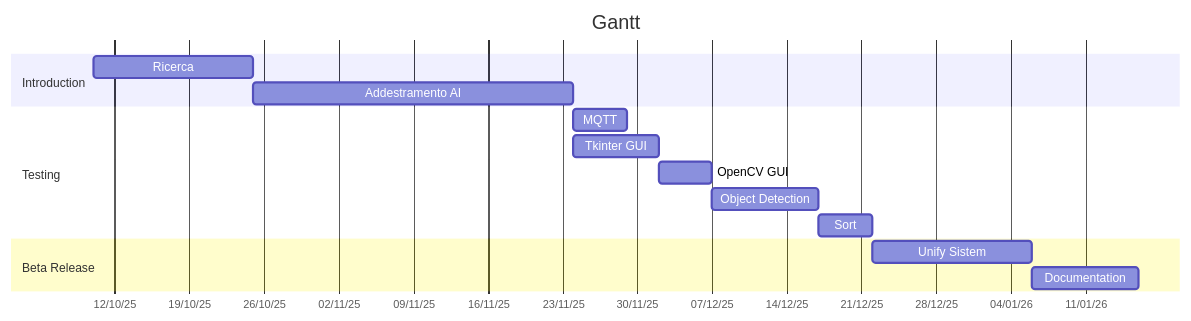
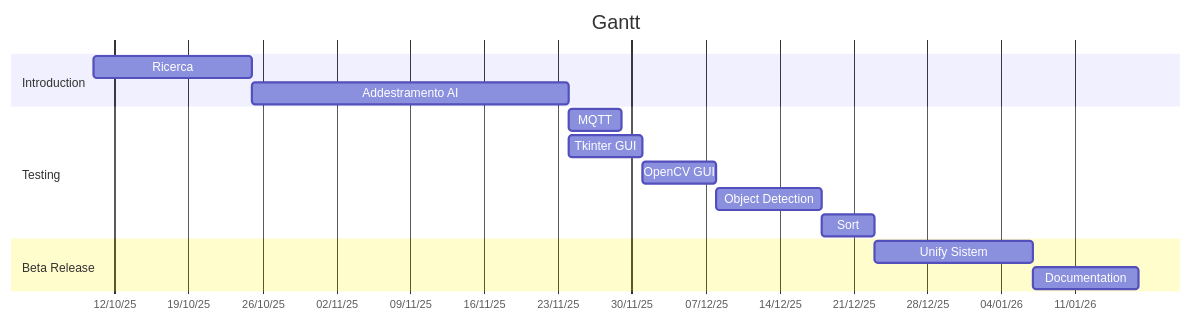
One commit to riccardosemeraro/B.O.S.S.-Branch-Bellusci-SSD300-VGG16 changed the sixth of 6 diagrams in README.md. Above: the diagram before and after it, drawn with Mermaid.

````diff
--- a/README.md
+++ b/README.md
@@ -503,23 +503,23 @@
 ```mermaid
 gantt
     title Gantt
     dateFormat  YYYY-MM-DD
     axisFormat %d/%m/%y
     todayMarker off
     
     section Introduction
         Ricerca : a1, 2025-10-10, 15d
         Addestramento AI: a2, after a1, 30d
     
     section Testing
         MQTT : p1, after a2, 5d
-        Tkinter GUI : p2, after a2, 8d
-        OpenCV GUI : p3, after p2, 5d
+        Tkinter GUI : p2, after a2, 7d
+        OpenCV GUI : p3, after p2, 7d
         Object Detection: p4, after p3, 10d
         Sort: p5, after p4, 5d
     
     section Beta Release
         Unify Sistem : b1, after p5, 15d
         Documentation: after b1, 10d
     
 ```
````
